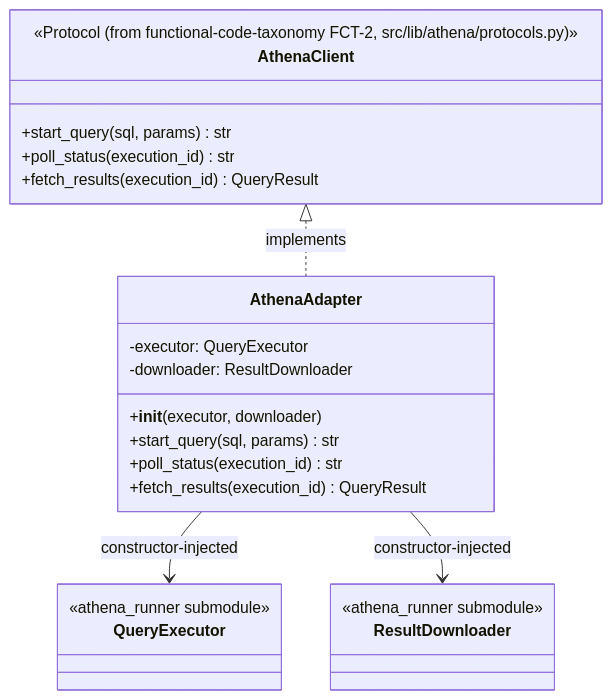
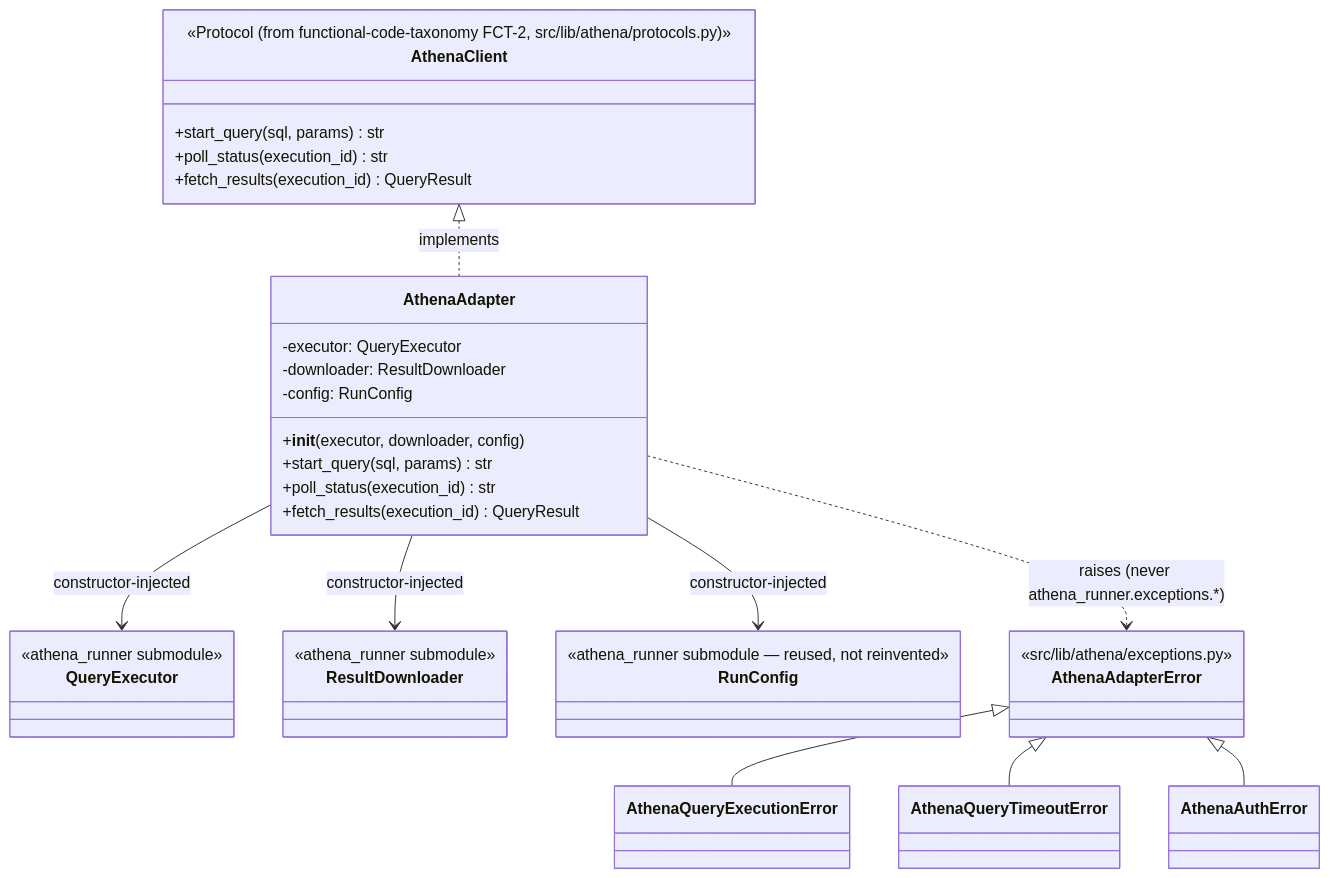
One commit to abhadrasyna/ih-trace-lab changed the second of 6 diagrams in docs/plan/src-lib-migration/athena-lib-integration/stories.md. Above: the diagram before and after it, drawn with Mermaid. The commit also changed other lines of this file and 6 other files, not shown here.

````diff
--- a/docs/plan/src-lib-migration/athena-lib-integration/stories.md
+++ b/docs/plan/src-lib-migration/athena-lib-integration/stories.md
@@ -62,26 +74,41 @@
 ```mermaid
 classDiagram
     class AthenaClient {
         <<Protocol (from functional-code-taxonomy FCT-2, src/lib/athena/protocols.py)>>
         +start_query(sql, params) str
         +poll_status(execution_id) str
         +fetch_results(execution_id) QueryResult
     }
     class AthenaAdapter {
         -executor: QueryExecutor
         -downloader: ResultDownloader
-        +__init__(executor, downloader)
+        -config: RunConfig
+        +__init__(executor, downloader, config)
         +start_query(sql, params) str
         +poll_status(execution_id) str
         +fetch_results(execution_id) QueryResult
     }
     class QueryExecutor {
         <<athena_runner submodule>>
     }
     class ResultDownloader {
         <<athena_runner submodule>>
     }
+    class RunConfig {
+        <<athena_runner submodule — reused, not reinvented>>
+    }
+    class AthenaAdapterError {
+        <<src/lib/athena/exceptions.py>>
+    }
+    class AthenaQueryExecutionError
+    class AthenaQueryTimeoutError
+    class AthenaAuthError
     AthenaClient <|.. AthenaAdapter : implements
     AthenaAdapter --> QueryExecutor : constructor-injected
     AthenaAdapter --> ResultDownloader : constructor-injected
+    AthenaAdapter --> RunConfig : constructor-injected
+    AthenaAdapterError <|-- AthenaQueryExecutionError
+    AthenaAdapterError <|-- AthenaQueryTimeoutError
+    AthenaAdapterError <|-- AthenaAuthError
+    AthenaAdapter ..> AthenaAdapterError : raises (never athena_runner.exceptions.*)
 ```
````
